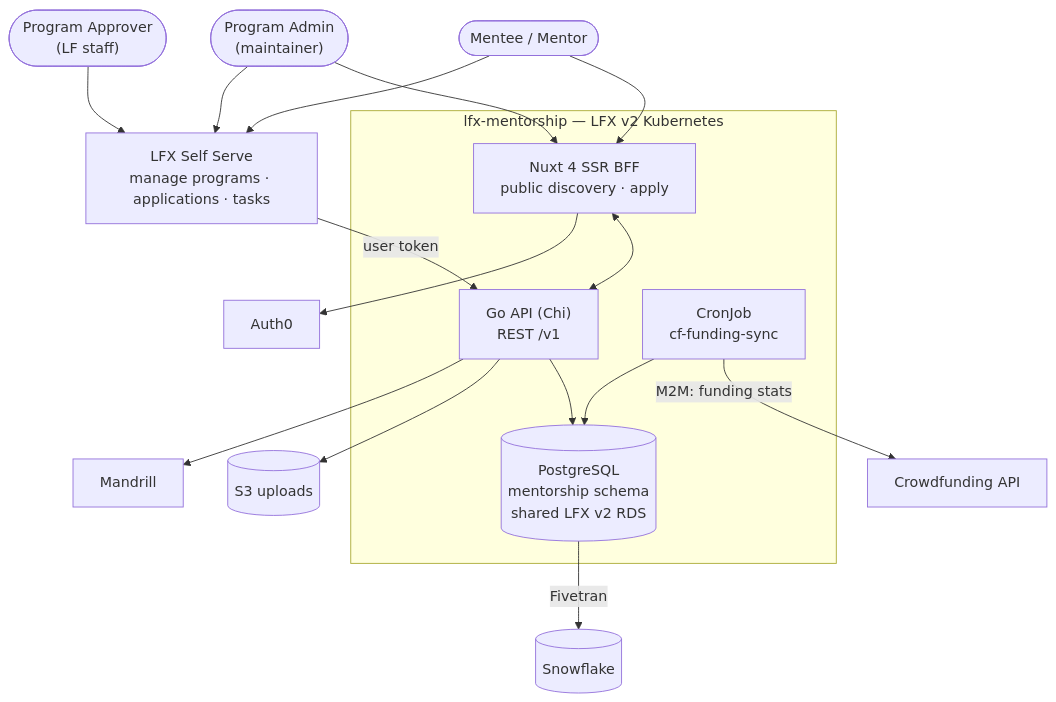
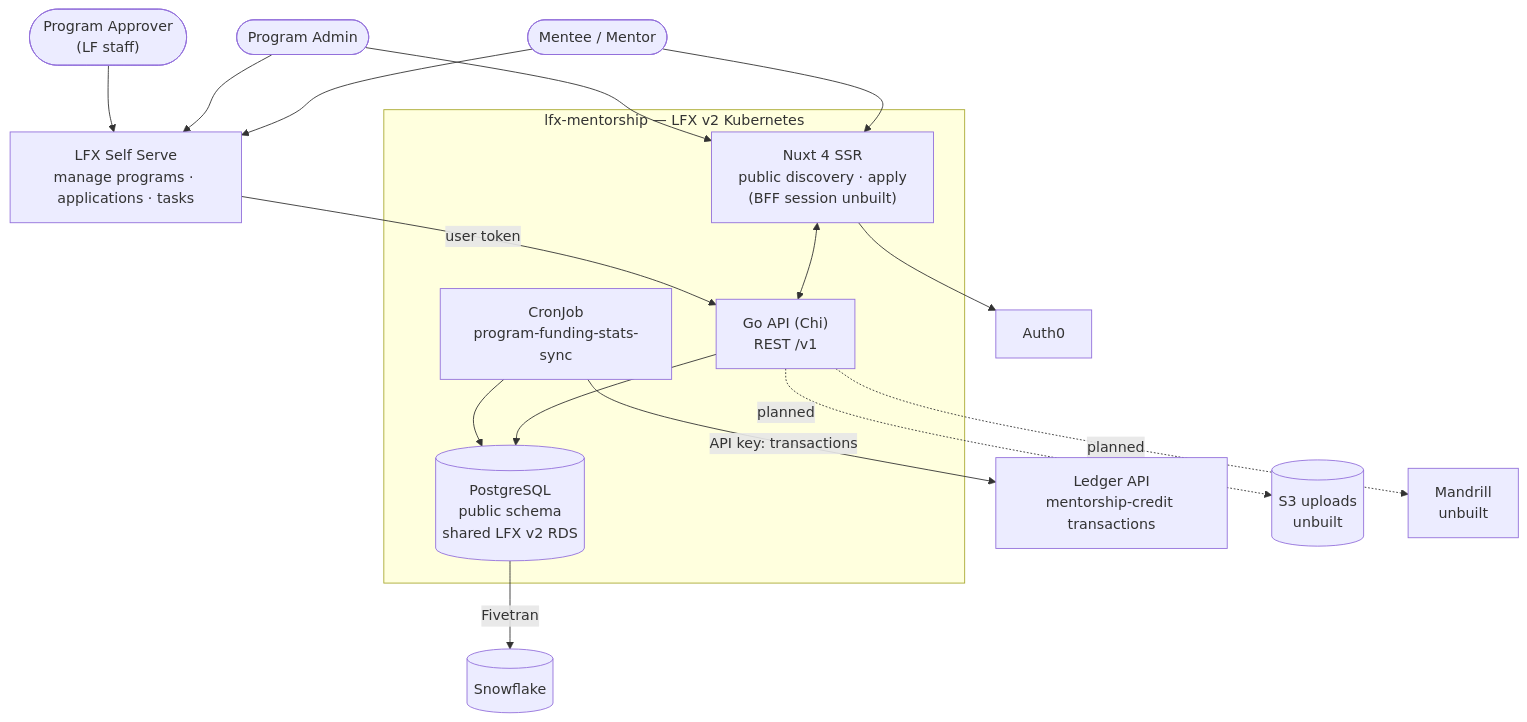
One commit to linuxfoundation/lfx-mentorship changed the diagram in ARCHITECTURE.md. Above: the diagram before and after it, drawn with Mermaid. The commit also changed other lines of this file and 1 other file, not shown here.

First line of the commit message:
docs: correct ARCHITECTURE.md against the code it describes

````diff
--- a/ARCHITECTURE.md
+++ b/ARCHITECTURE.md
@@ -40,32 +41,32 @@
 ```mermaid
 flowchart TB
     USERS(["Mentee / Mentor"])
-    ADMIN(["Program Admin<br/>(maintainer)"])
+    ADMIN(["Program Admin"])
     APPROVER(["Program Approver<br/>(LF staff)"])
 
     subgraph K8S["lfx-mentorship — LFX v2 Kubernetes"]
-        NUXT["Nuxt 4 SSR BFF<br/>public discovery · apply"]
+        NUXT["Nuxt 4 SSR<br/>public discovery · apply<br/>(BFF session unbuilt)"]
         API["Go API (Chi)<br/>REST /v1"]
-        PG[("PostgreSQL<br/>mentorship schema<br/>shared LFX v2 RDS")]
-        CRON["CronJob<br/>cf-funding-sync"]
+        PG[("PostgreSQL<br/>public schema<br/>shared LFX v2 RDS")]
+        CRON["CronJob<br/>program-funding-stats-sync"]
     end
 
     SS["LFX Self Serve<br/>manage programs · applications · tasks"]
     AUTH0["Auth0"]
-    S3[("S3 uploads")]
-    MANDRILL["Mandrill"]
-    CFAPI["Crowdfunding API"]
+    LEDGER["Ledger API<br/>mentorship-credit transactions"]
+    S3[("S3 uploads<br/>unbuilt")]
+    MANDRILL["Mandrill<br/>unbuilt"]
     SF[("Snowflake")]
 
     USERS & ADMIN --> NUXT
     USERS & ADMIN & APPROVER --> SS
     NUXT <--> API
     NUXT --> AUTH0
     SS -- "user token" --> API
     API --> PG
-    API --> S3
-    API --> MANDRILL
-    CRON -- "M2M: funding stats" --> CFAPI
+    API -. "planned" .-> S3
+    API -. "planned" .-> MANDRILL
+    CRON -- "API key: transactions" --> LEDGER
     CRON --> PG
     PG -- "Fivetran" --> SF
 ```
````
